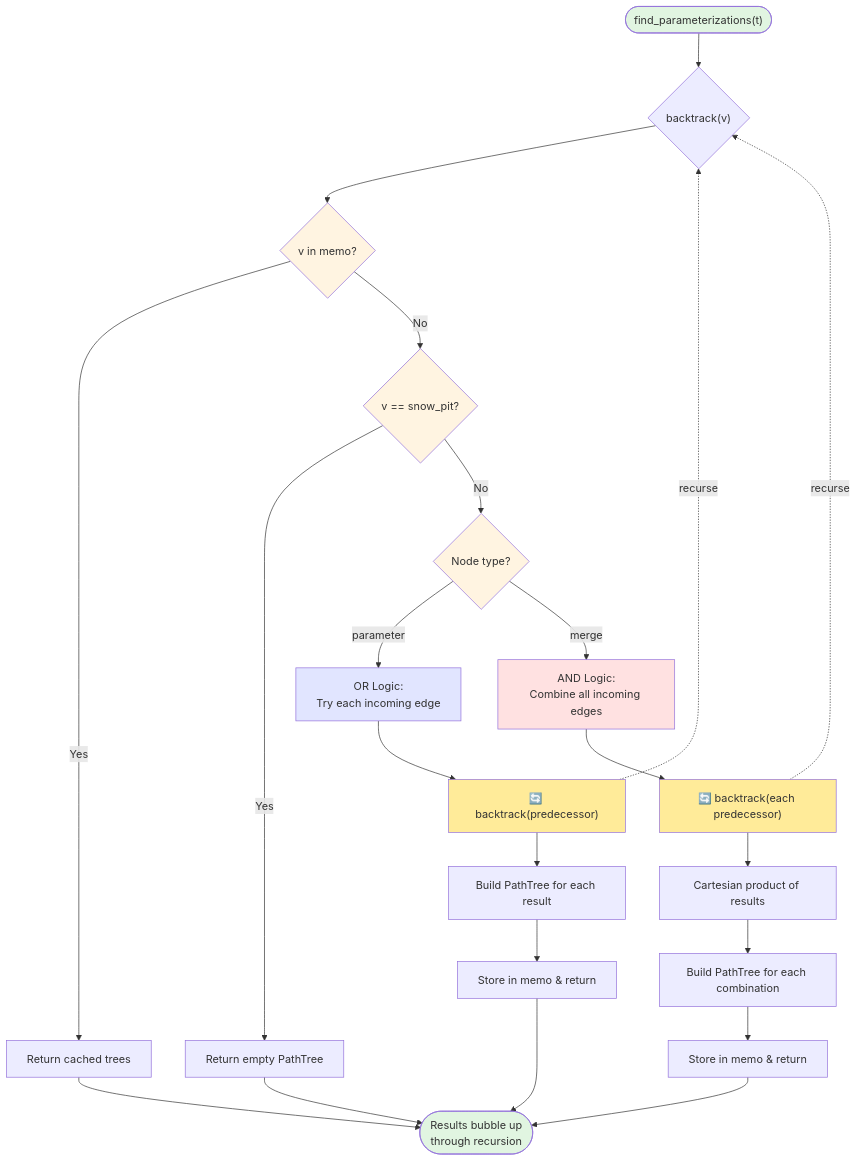
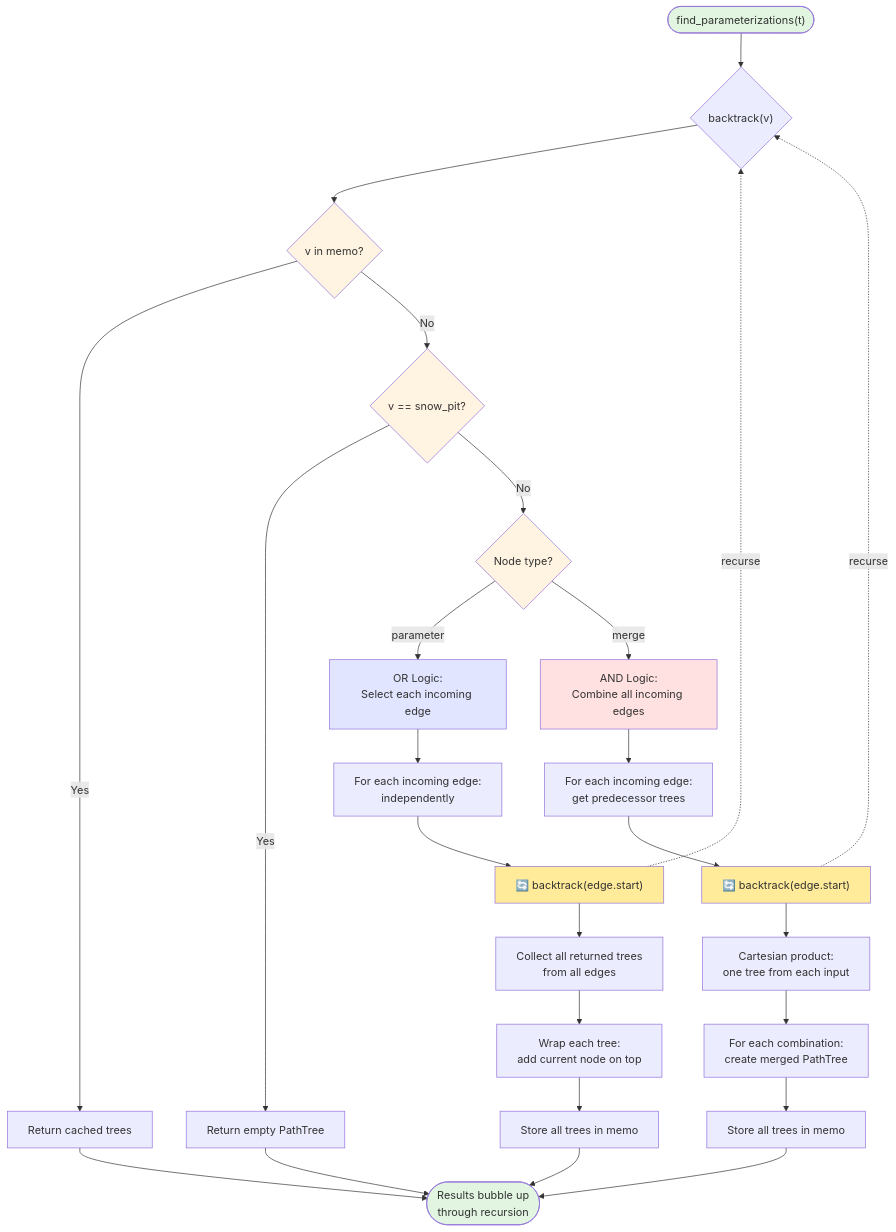
Before and after one commit to connellymk/SnowPyt-MechParams: the diagram in algorithm/algorithm_flowchart.md, drawn with Mermaid.

````diff
--- a/algorithm/algorithm_flowchart.md
+++ b/algorithm/algorithm_flowchart.md
@@ -5,41 +5,44 @@
 ```mermaid
 flowchart TD
     Start(["find_parameterizations(t)"]) --> Backtrack{"backtrack(v)"}
     
     Backtrack --> CheckMemo{v in memo?}
     CheckMemo -->|Yes| Return[Return cached trees]
     CheckMemo -->|No| CheckBase{v == snow_pit?}
     
     CheckBase -->|Yes| BaseCase[Return empty PathTree]
     CheckBase -->|No| CheckType{Node type?}
     
-    CheckType -->|parameter| ParamLogic["OR Logic:<br/>Try each incoming edge"]
+    CheckType -->|parameter| ParamLogic["OR Logic:<br/>Select each incoming edge"]
     CheckType -->|merge| MergeLogic["AND Logic:<br/>Combine all incoming edges"]
     
-    ParamLogic --> RecurseParam["🔄 backtrack(predecessor)"]
+    ParamLogic --> ForEachEdge["For each incoming edge:<br/>independently"]
+    ForEachEdge --> RecurseParam["🔄 backtrack(edge.start)"]
     RecurseParam -.->|recurse| Backtrack
-    RecurseParam --> BuildParam[Build PathTree for each result]
-    BuildParam --> StoreParam[Store in memo & return]
+    RecurseParam --> CollectParam["Collect all returned trees<br/>from all edges"]
+    CollectParam --> BuildParam["Wrap each tree:<br/>add current node on top"]
+    BuildParam --> StoreParam[Store all trees in memo]
     
-    MergeLogic --> RecurseMerge["🔄 backtrack(each predecessor)"]
+    MergeLogic --> ForEachInput["For each incoming edge:<br/>get predecessor trees"]
+    ForEachInput --> RecurseMerge["🔄 backtrack(edge.start)"]
     RecurseMerge -.->|recurse| Backtrack
-    RecurseMerge --> Cartesian[Cartesian product of results]
-    Cartesian --> BuildMerge[Build PathTree for each combination]
-    BuildMerge --> StoreMerge[Store in memo & return]
+    RecurseMerge --> Cartesian["Cartesian product:<br/>one tree from each input"]
+    Cartesian --> BuildMerge["For each combination:<br/>create merged PathTree"]
+    BuildMerge --> StoreMerge[Store all trees in memo]
     
     StoreParam --> End
     StoreMerge --> End
     BaseCase --> End
     Return --> End
     End([Results bubble up<br/>through recursion])
     
     style Start fill:#e1f5e1
     style End fill:#e1f5e1
     style CheckMemo fill:#fff4e1
     style CheckBase fill:#fff4e1
     style CheckType fill:#fff4e1
     style ParamLogic fill:#e1e5ff
     style MergeLogic fill:#ffe1e1
     style RecurseParam fill:#ffeb99
     style RecurseMerge fill:#ffeb99
 ```
````
